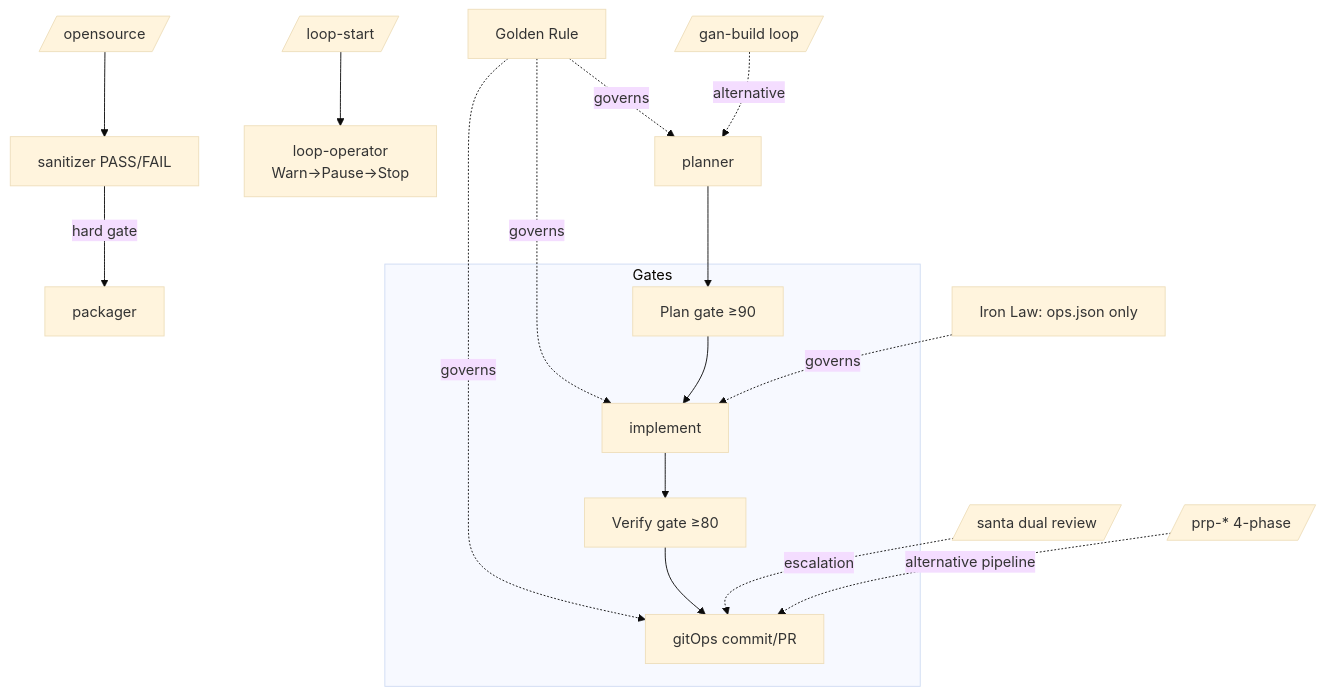
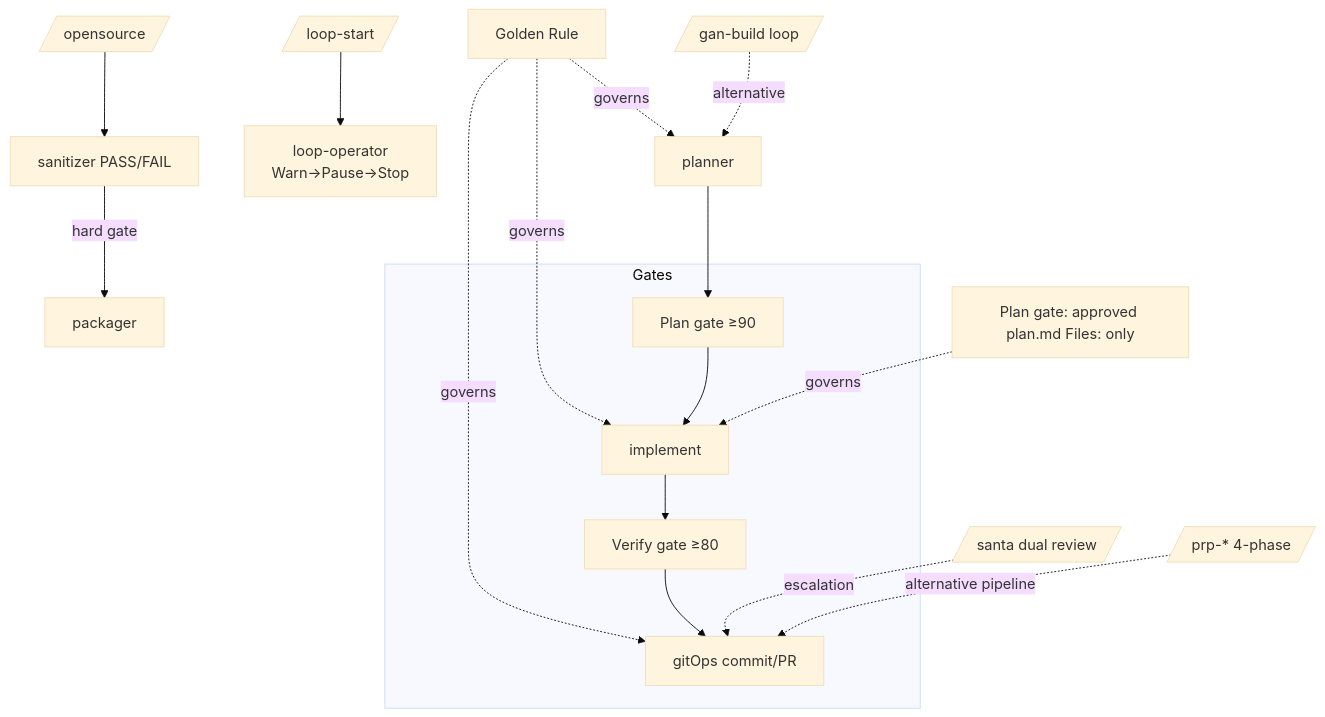
Before and after one commit to OmarMokhtar-Saad/claudekit: the second of 2 diagrams in .ai/KNOWLEDGE_GRAPH.md, drawn with Mermaid (base theme). The commit also changed other lines of this file and 72 other files, not shown here.

First line of the commit message:
docs: describe the plan-gate flow instead of the ops.json pipeline

````diff
--- a/.ai/KNOWLEDGE_GRAPH.md
+++ b/.ai/KNOWLEDGE_GRAPH.md
@@ -36,16 +36,16 @@
 ```mermaid
 graph TD
     subgraph Gates
         R90[Plan gate ≥90] --> I[implement]
         V80[Verify gate ≥80] --> G[gitOps commit/PR]
     end
     PLANNER[planner] --> R90
     I --> V80
     SANTA[/santa dual review/] -.escalation.-> G
     GAN[/gan-build loop/] -.alternative.-> PLANNER
     PRP[/prp-* 4-phase/] -.alternative pipeline.-> G
     LOOP[/loop-start/] --> LO[loop-operator<br/>Warn→Pause→Stop]
     OSSP[/opensource/] --> S1[sanitizer PASS/FAIL] -->|hard gate| S3[packager]
     GOLDEN[Golden Rule] -.governs.-> PLANNER & I & G
-    IRON[Iron Law: ops.json only] -.governs.-> I
+    IRON[Plan gate: approved plan.md Files: only] -.governs.-> I
 ```
````
